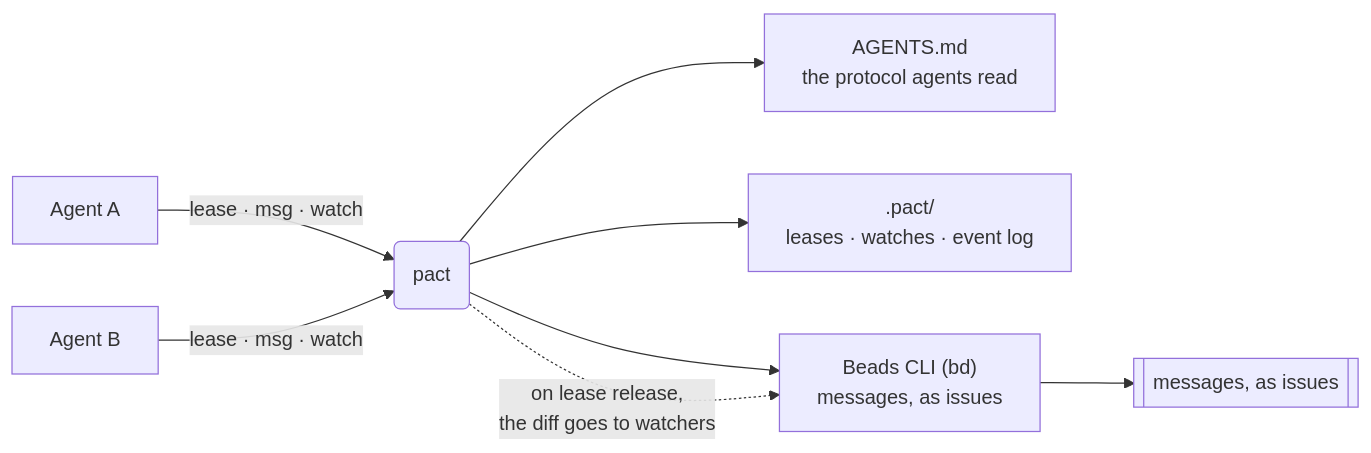
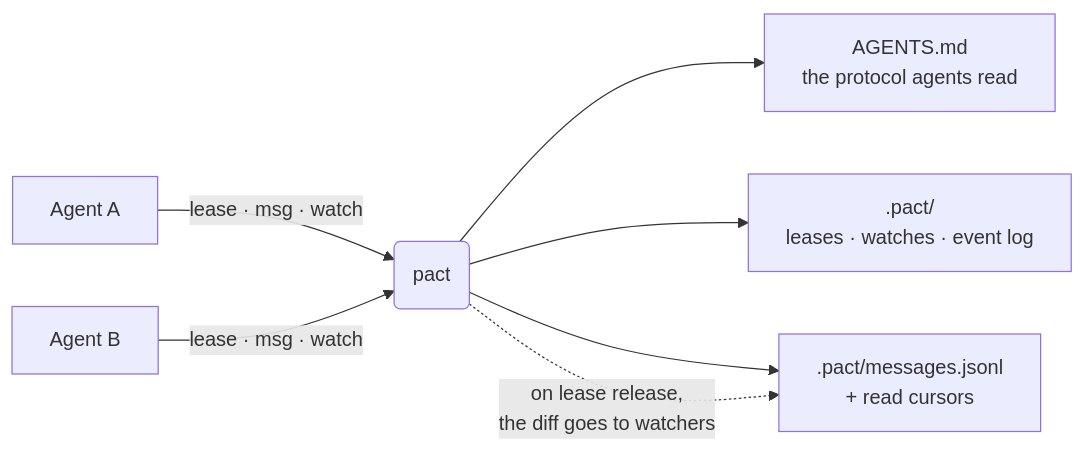
The diagram in README.md (chussenot/pact), drawn with Mermaid before and after one commit. The commit also changed other lines of this file and 20 other files, not shown here.

````diff
--- a/README.md
+++ b/README.md
@@ -38,10 +38,9 @@
 ```mermaid
 flowchart LR
     A[Agent A] -->|"lease · msg · watch"| P(pact)
     B[Agent B] -->|"lease · msg · watch"| P
     P --> G["AGENTS.md<br/>the protocol agents read"]
     P --> F[".pact/<br/>leases · watches · event log"]
-    P --> D["Beads CLI (bd)<br/>messages, as issues"]
-    D --> M[["messages, as issues"]]
-    P -.->|"on lease release,<br/>the diff goes to watchers"| D
+    P --> M[".pact/messages.jsonl<br/>+ read cursors"]
+    P -.->|"on lease release,<br/>the diff goes to watchers"| M
 ```
````
